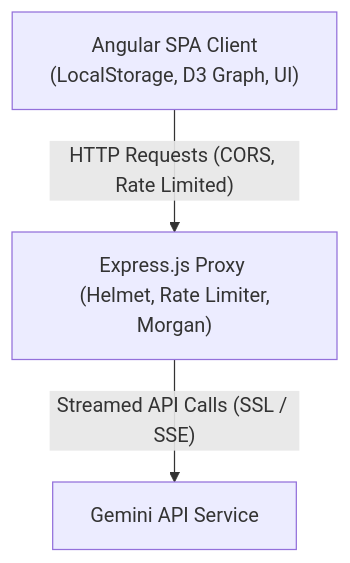
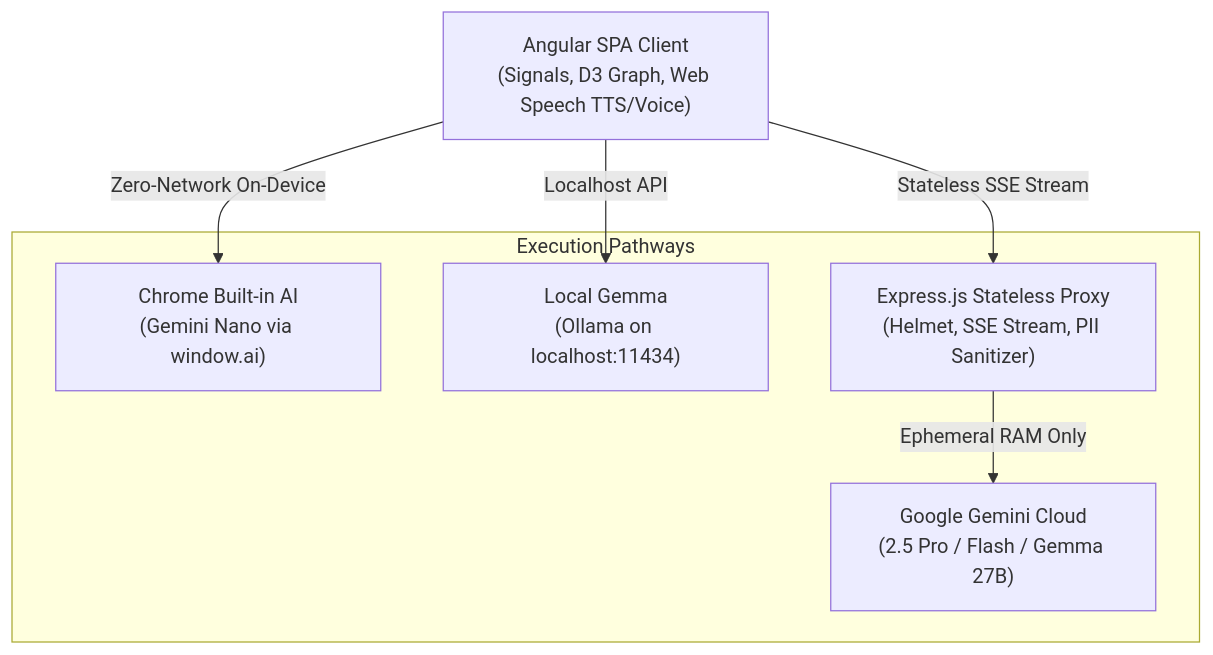
One commit to philgear/InsightSpark changed the diagram in README.md. Above: the diagram before and after it, drawn with Mermaid. The commit also changed other lines of this file and 154 other files, not shown here.

````diff
--- a/README.md
+++ b/README.md
@@ -44,9 +66,16 @@
 ```mermaid
 graph TD
-    Client["Angular SPA Client <br> (LocalStorage, D3 Graph, UI)"]
-    Proxy["Express.js Proxy <br> (Helmet, Rate Limiter, Morgan)"]
-    Gemini["Gemini API Service"]
+    Client["Angular SPA Client<br>(Signals, D3 Graph, Web Speech TTS/Voice)"]
+    
+    subgraph "Execution Pathways"
+        Nano["Chrome Built-in AI<br>(Gemini Nano via window.ai)"]
+        Local["Local Gemma<br>(Ollama on localhost:11434)"]
+        Proxy["Express.js Stateless Proxy<br>(Helmet, SSE Stream, PII Sanitizer)"]
+        Cloud["Google Gemini Cloud<br>(2.5 Pro / Flash / Gemma 27B)"]
+    end
 
-    Client -->|"HTTP Requests (CORS, Rate Limited)"| Proxy
-    Proxy -->|"Streamed API Calls (SSL / SSE)"| Gemini
+    Client -->|"Zero-Network On-Device"| Nano
+    Client -->|"Localhost API"| Local
+    Client -->|"Stateless SSE Stream"| Proxy
+    Proxy -->|"Ephemeral RAM Only"| Cloud
 ```
````
